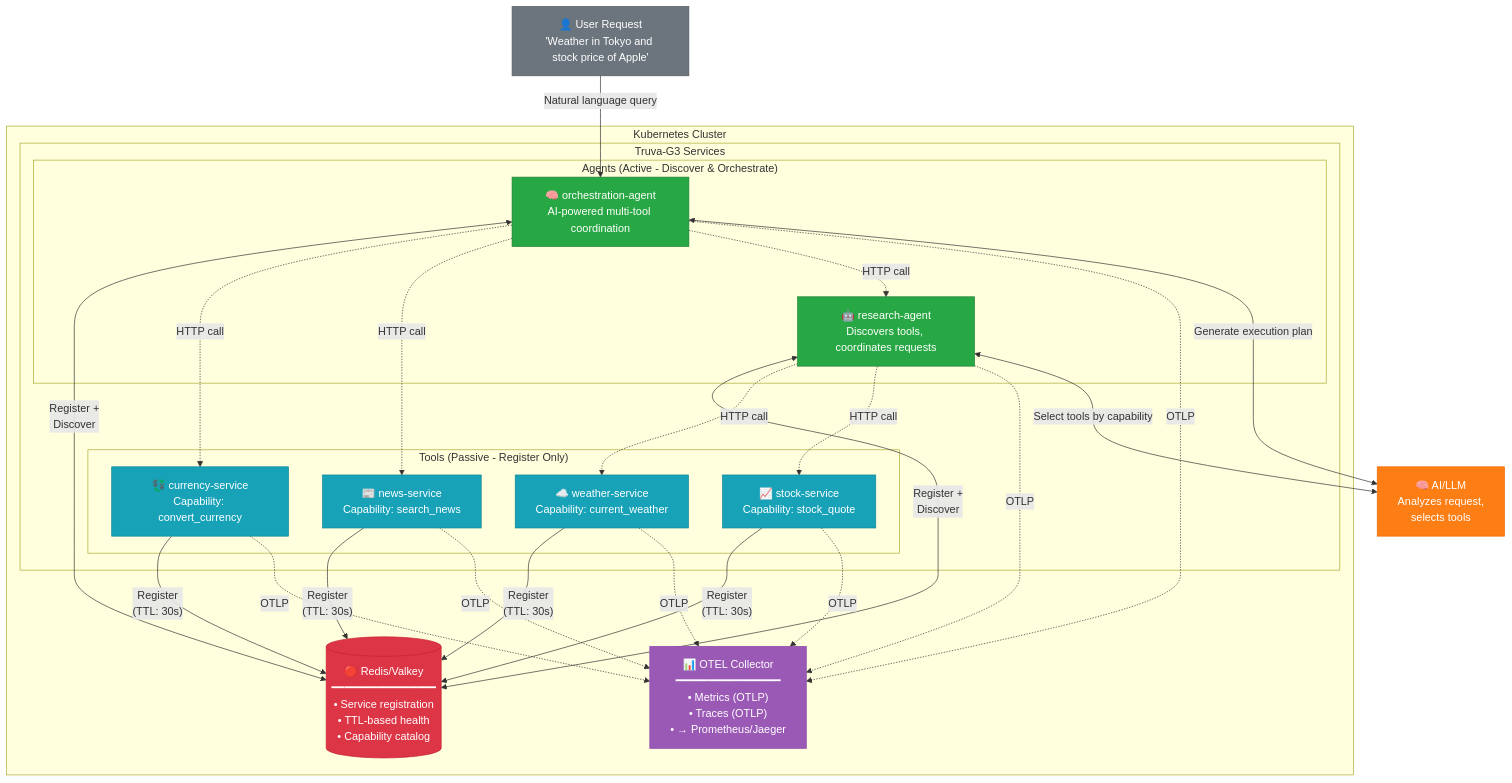
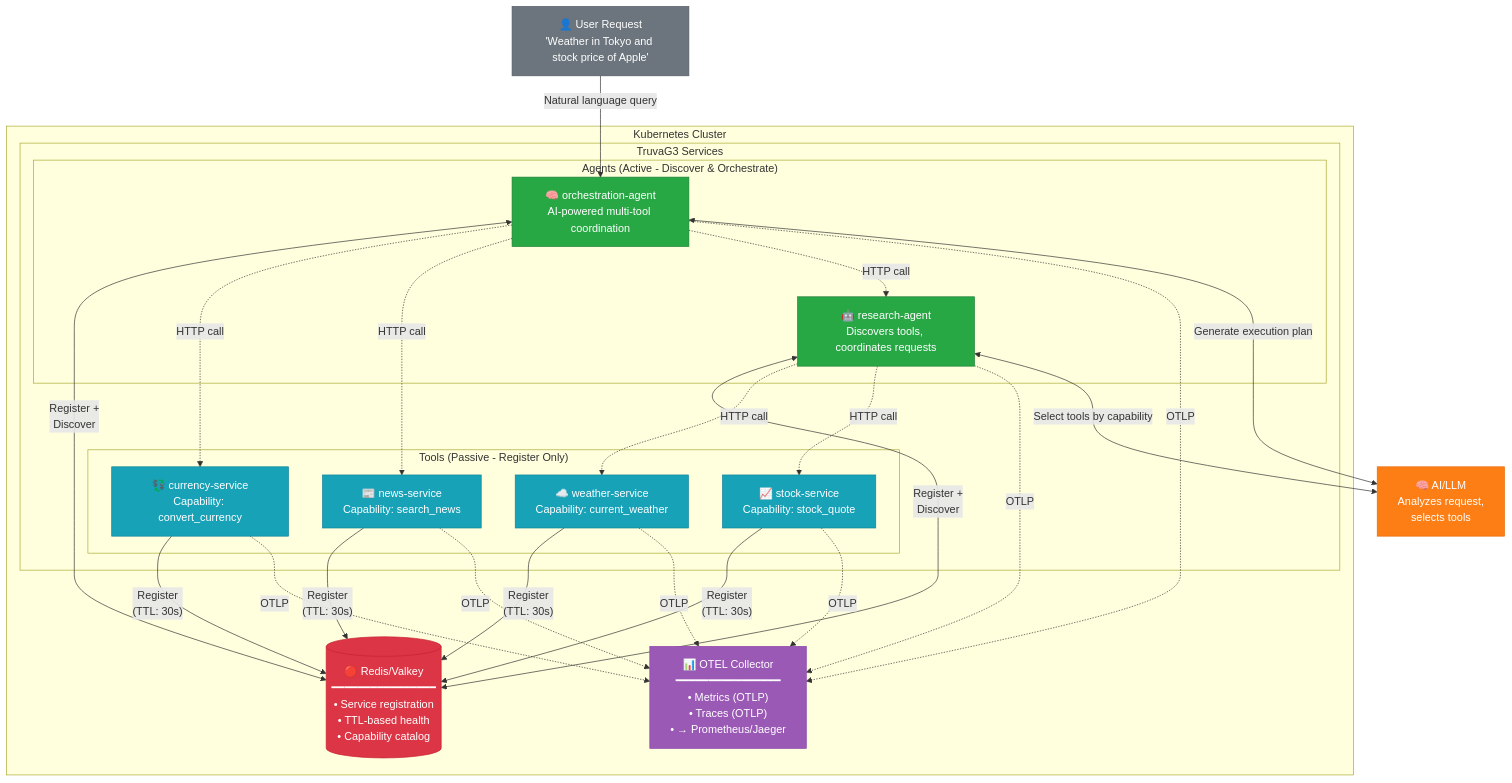
Before and after one commit to truvaagents/truva-g3: the first of 2 diagrams in README.md, drawn with Mermaid. The commit also changed other lines of this file and 180 other files, not shown here.

````diff
--- a/README.md
+++ b/README.md
@@ -516,67 +516,67 @@
 ```mermaid
 flowchart TB
     subgraph K8s["Kubernetes Cluster"]
-        subgraph Services["Truva-G3 Services"]
+        subgraph Services["TruvaG3 Services"]
             subgraph Tools["Tools (Passive - Register Only)"]
                 WT["☁️ weather-service<br/>Capability: current_weather"]
                 ST["📈 stock-service<br/>Capability: stock_quote"]
                 CT["💱 currency-service<br/>Capability: convert_currency"]
                 NT["📰 news-service<br/>Capability: search_news"]
             end
 
             subgraph Agents["Agents (Active - Discover & Orchestrate)"]
                 RA["🤖 research-agent<br/>Discovers tools, coordinates requests"]
                 OA["🧠 orchestration-agent<br/>AI-powered multi-tool coordination"]
             end
         end
 
         Redis[("🔴 Redis/Valkey<br/>━━━━━━━━━━━━━━━━<br/>• Service registration<br/>• TTL-based health<br/>• Capability catalog")]
 
         OTEL["📊 OTEL Collector<br/>━━━━━━━━━━━━━━━━<br/>• Metrics (OTLP)<br/>• Traces (OTLP)<br/>• → Prometheus/Jaeger"]
 
         %% Tools can ONLY register (one-way arrow)
         WT -->|"Register<br/>(TTL: 30s)"| Redis
         ST -->|"Register<br/>(TTL: 30s)"| Redis
         CT -->|"Register<br/>(TTL: 30s)"| Redis
         NT -->|"Register<br/>(TTL: 30s)"| Redis
 
         %% Agents can discover AND register (two-way)
         RA <-->|"Register +<br/>Discover"| Redis
         OA <-->|"Register +<br/>Discover"| Redis
 
         %% Agent-to-Tool communication (always HTTP)
         RA -.->|"HTTP call"| WT
         RA -.->|"HTTP call"| ST
         OA -.->|"HTTP call"| CT
         OA -.->|"HTTP call"| NT
 
         %% Agent-to-Agent communication
         OA -.->|"HTTP call"| RA
 
         %% Telemetry from all services to OTEL Collector
         WT -.->|"OTLP"| OTEL
         ST -.->|"OTLP"| OTEL
         CT -.->|"OTLP"| OTEL
         NT -.->|"OTLP"| OTEL
         RA -.->|"OTLP"| OTEL
         OA -.->|"OTLP"| OTEL
     end
 
     User["👤 User Request<br/>'Weather in Tokyo and stock price of Apple'"]
     AI["🧠 AI/LLM<br/>Analyzes request,<br/>selects tools"]
 
     User -->|"Natural language query"| OA
     RA <-->|"Select tools by capability"| AI
     OA <-->|"Generate execution plan"| AI
 
     style Redis fill:#dc3545,stroke:#c82333,color:#fff
     style OTEL fill:#9b59b6,stroke:#8e44ad,color:#fff
     style WT fill:#17a2b8,stroke:#138496,color:#fff
     style ST fill:#17a2b8,stroke:#138496,color:#fff
     style CT fill:#17a2b8,stroke:#138496,color:#fff
     style NT fill:#17a2b8,stroke:#138496,color:#fff
     style RA fill:#28a745,stroke:#1e7e34,color:#fff
     style OA fill:#28a745,stroke:#1e7e34,color:#fff
     style User fill:#6c757d,stroke:#545b62,color:#fff
     style AI fill:#fd7e14,stroke:#e96b0c,color:#fff
 ```
````
